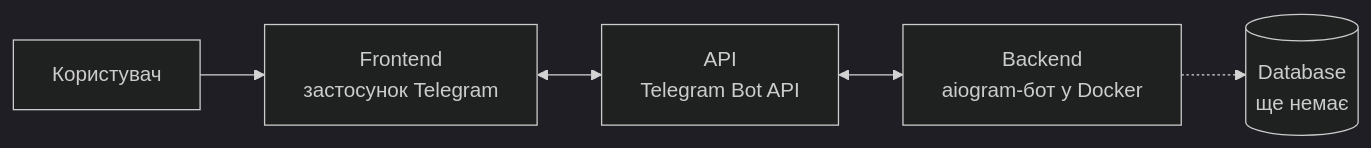
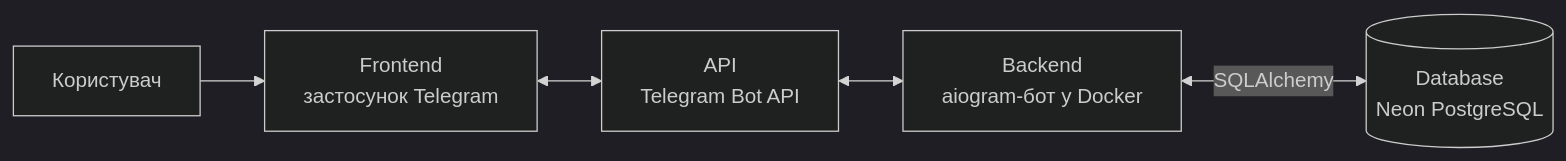
The first of 4 diagrams in docs/architecture.md (AleksN-code/VIB-coding), drawn with Mermaid (dark theme) before and after one commit. The commit also changed other lines of this file and 4 other files, not shown here.

````diff
--- a/docs/architecture.md
+++ b/docs/architecture.md
@@ -28,7 +30,7 @@
 ```mermaid
 flowchart LR
     U[Користувач] --> TG[Frontend<br/>застосунок Telegram]
     TG <--> API[API<br/>Telegram Bot API]
     API <--> BE[Backend<br/>aiogram-бот у Docker]
-    BE -.-> DB[(Database<br/>ще немає)]
+    BE <-->|SQLAlchemy| DB[(Database<br/>Neon PostgreSQL)]
 ```
````
